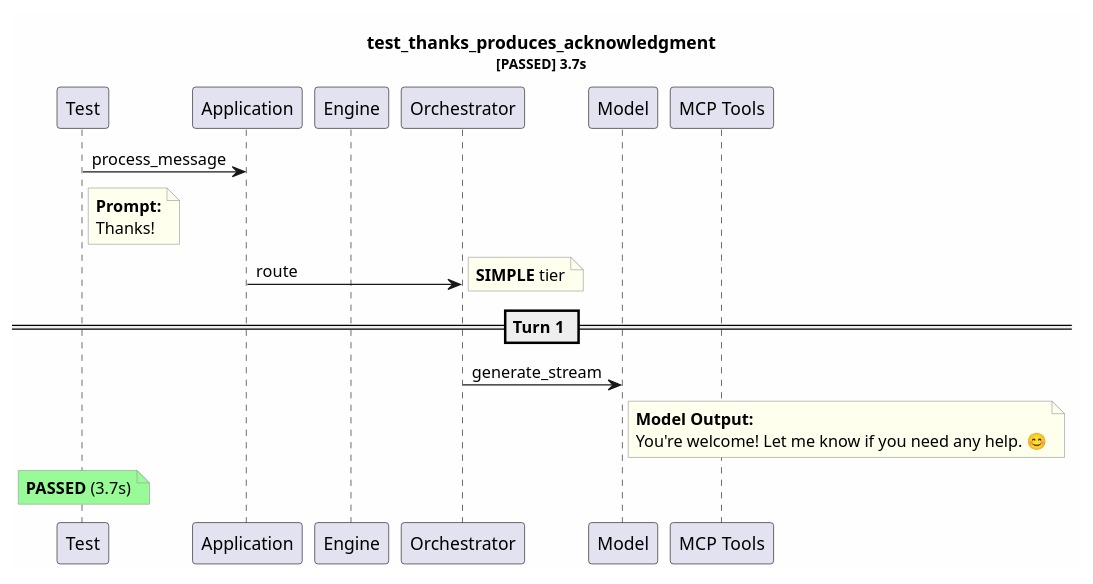
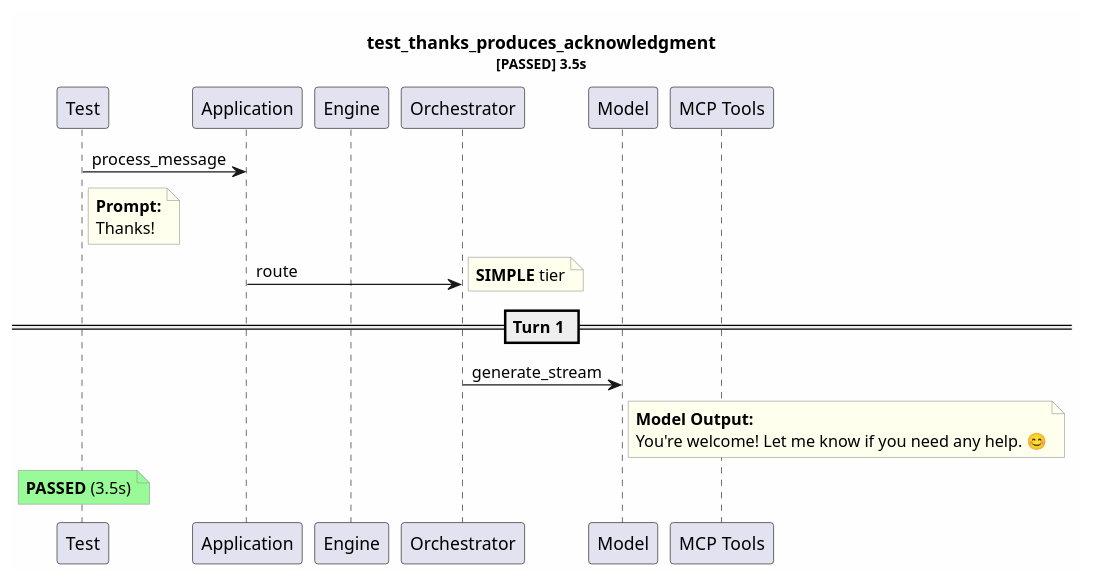
Before and after one commit to tvanfossen/entropic: the diagram in test-reports/test_thanks_produces_acknowledgment.puml, drawn with PlantUML. The commit also changed 46 other files, not shown here.

```diff
--- a/test-reports/test_thanks_produces_acknowledgment.puml
+++ b/test-reports/test_thanks_produces_acknowledgment.puml
@@ -1,31 +1,31 @@
 @startuml
 skinparam backgroundColor #FEFEFE
 skinparam noteBorderColor #999999
 skinparam noteBackgroundColor #FFFFEE
-title test_thanks_produces_acknowledgment\n<size:11>[PASSED] 3.7s</size>
+title test_thanks_produces_acknowledgment\n<size:11>[PASSED] 3.5s</size>
 
 participant "Test" as T
 participant "Application" as App
 participant "Engine" as Eng
 participant "Orchestrator" as Orch
 participant "Model" as Mdl
 participant "MCP Tools" as MCP
 
 T -> App: process_message
 note right of T
   **Prompt:**
   Thanks!
 end note
 App -> Orch: route
 note right: **SIMPLE** tier
 == Turn 1 ==
 Orch -> Mdl: generate_stream
 note right of Mdl
   **Model Output:**
   You're welcome! Let me know if you need any help. 😊
 end note
 note over T #palegreen
-  **PASSED** (3.7s)
+  **PASSED** (3.5s)
 end note
 
 @enduml
```
